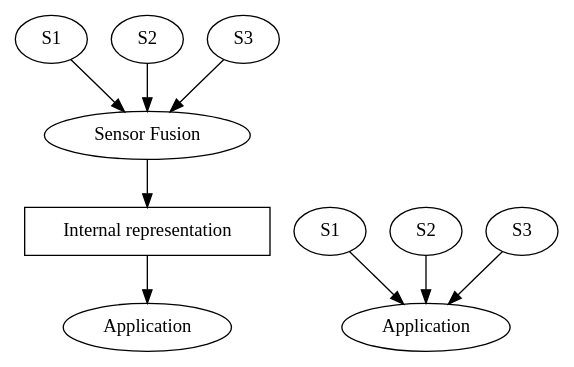
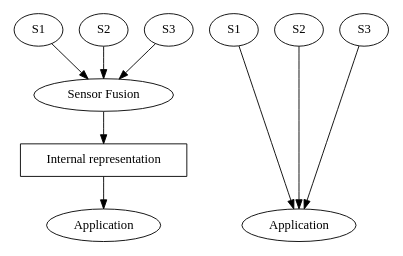
Before and after one commit to rvlasveld/thesis: the diagram in Figures/graphs/sensor_fusion.dot, drawn with Graphviz. The commit also changed 4 other files, not shown here.

Commit message:
Beginning text of sensor fusion

```diff
--- a/Figures/graphs/sensor_fusion.dot
+++ b/Figures/graphs/sensor_fusion.dot
@@ -1,21 +1,28 @@
 digraph G {
-
+  size="4,4"
   subgraph fusion {
     rankdir = BT
+    label = "Sensor fusion"
     Fusion [label="Sensor Fusion"]
     Repre [label="Internal representation", shape = box]
     Application [label="Application"]
     {S1; S2; S3} -> Fusion -> Repre -> Application
   }
 
   subgraph integration {
-   rankdir = BT
+    rankdir = BT
     Application2 [label="Application"]
-    T1 [label = "S1"]
-    T2 [label = "S2"]
-    T3 [label = "S3"]
+
+
+    subgraph environment2 {
+      T1 [label = "S1"]
+      T2 [label = "S2"]
+      T3 [label = "S3"]
+    }
+
     {T1; T2; T3} -> Application2
   }
 
   { rank = same; Application2; Application }
+  { rank = same; S1; S2; S3; T1; T2; T3 }
 }
```
